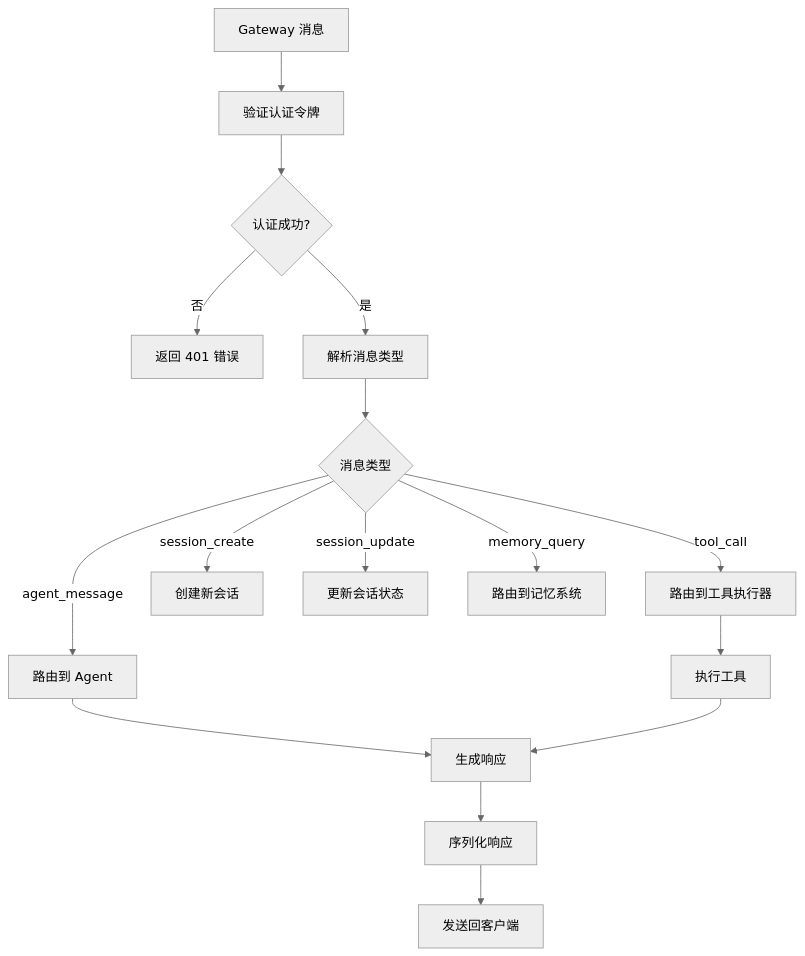
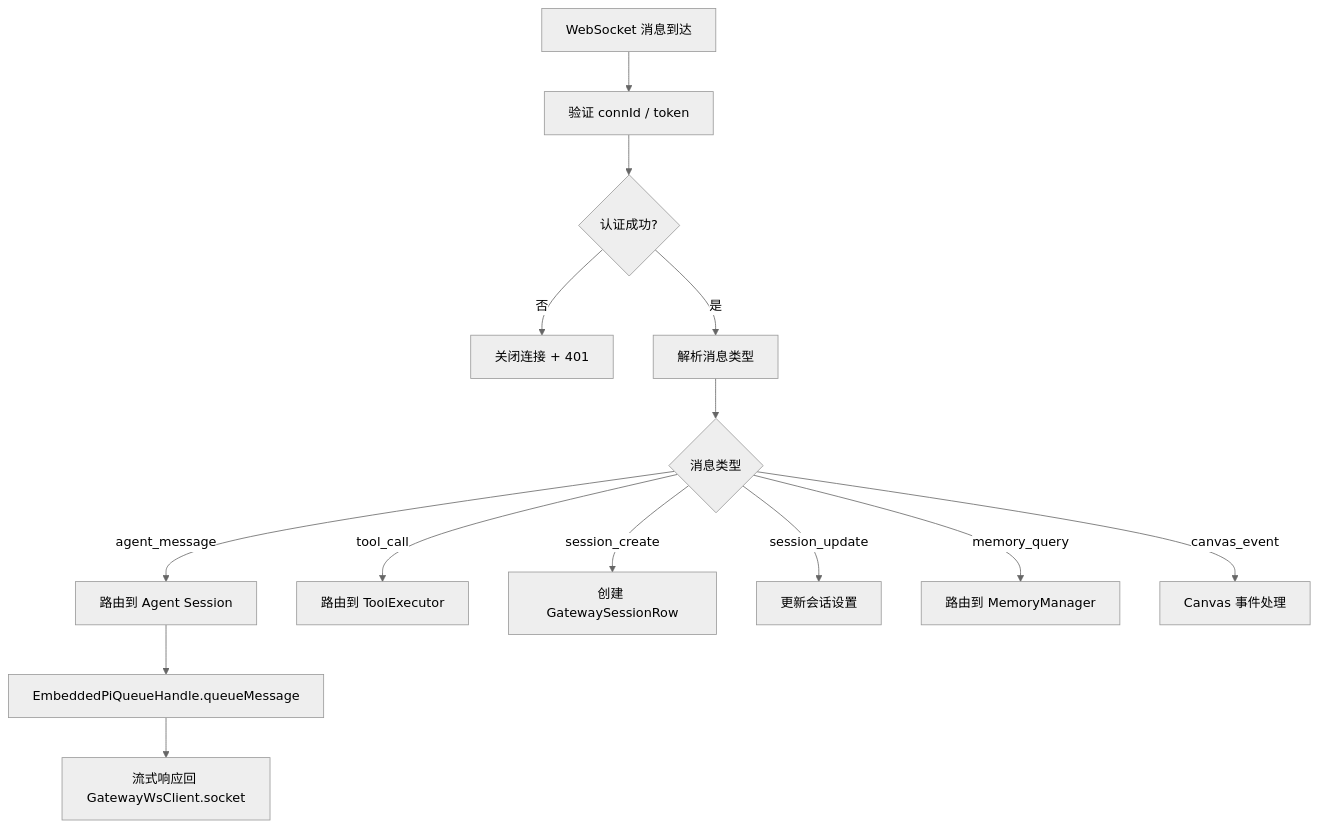
One commit to caicongyang/bloger changed diagram 19 of 26 in openclaw/DATA_STRUCTURES.md. Above: the diagram before and after it, drawn with Mermaid (neutral theme). The commit also changed other lines of this file and 13 other files, not shown here.

````diff
--- a/openclaw/DATA_STRUCTURES.md
+++ b/openclaw/DATA_STRUCTURES.md
@@ -590,21 +834,18 @@
 ```mermaid
 flowchart TD
-    A[Gateway 消息] --> B[验证认证令牌]
+    A[WebSocket 消息到达] --> B[验证 connId / token]
     B --> C{认证成功?}
-    C -->|否| D[返回 401 错误]
+    C -->|否| D[关闭连接 + 401]
     C -->|是| E[解析消息类型]
-    
+
     E --> F{消息类型}
-    F -->|agent_message| G[路由到 Agent]
-    F -->|tool_call| H[路由到工具执行器]
-    F -->|session_create| I[创建新会话]
-    F -->|session_update| J[更新会话状态]
-    F -->|memory_query| K[路由到记忆系统]
-    
-    G --> L[生成响应]
-    H --> M[执行工具]
-    M --> L
-    
-    L --> N[序列化响应]
-    N --> O[发送回客户端]
+    F -->|agent_message| G[路由到 Agent Session]
+    F -->|tool_call| H[路由到 ToolExecutor]
+    F -->|session_create| I[创建 GatewaySessionRow]
+    F -->|session_update| J[更新会话设置]
+    F -->|memory_query| K[路由到 MemoryManager]
+    F -->|canvas_event| L[Canvas 事件处理]
+
+    G --> M[EmbeddedPiQueueHandle.queueMessage]
+    M --> N[流式响应回 GatewayWsClient.socket]
 ```
````
